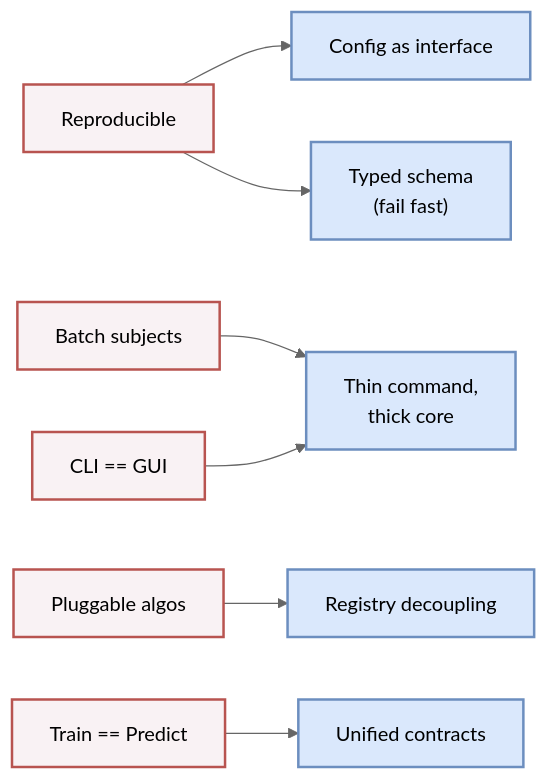
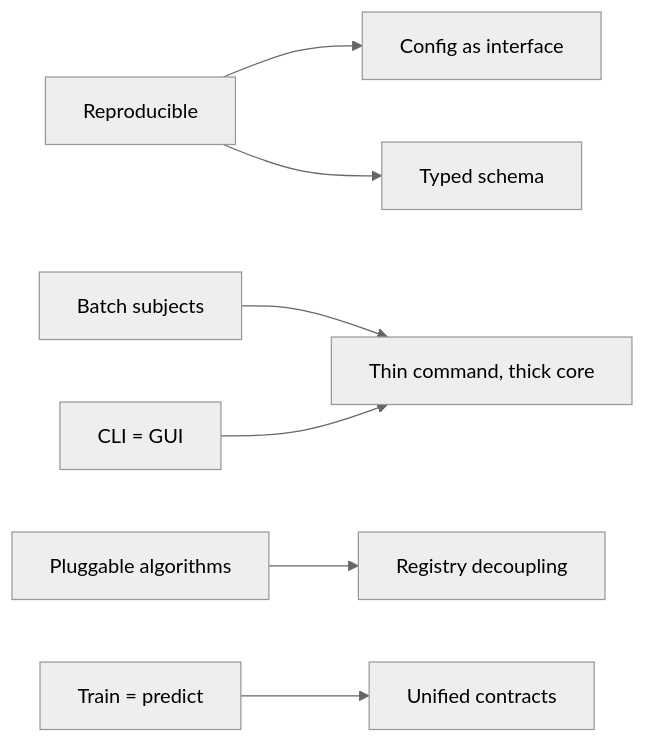
One commit to lichao312214129/HABIT changed the diagram in docs/source/development/philosophy.rst. Above: the diagram before and after it, drawn with Mermaid (neutral theme). The commit also changed other lines of this file and 12 other files, not shown here.

```diff
--- a/docs/source/development/philosophy.rst
+++ b/docs/source/development/philosophy.rst
@@ -34,23 +38,9 @@
 .. mermaid::
 
    flowchart LR
-     classDef pain fill:#f9f2f4,stroke:#b85450,stroke-width:2px,color:#000;
-     classDef pillar fill:#dae8fc,stroke:#6c8ebf,stroke-width:2px,color:#000;
-
-     P1["Reproducible"]:::pain
-     P2["Batch subjects"]:::pain
-     P3["Pluggable algos"]:::pain
-     P4["Train == Predict"]:::pain
-     P5["CLI == GUI"]:::pain
-
-     S1["Config as interface"]:::pillar
-     S2["Typed schema<br/>(fail fast)"]:::pillar
-     S3["Registry decoupling"]:::pillar
-     S4["Unified contracts"]:::pillar
-     S5["Thin command,<br/>thick core"]:::pillar
-
-     P1 --> S1 & S2
-     P2 --> S5
-     P3 --> S3
-     P4 --> S4
-     P5 --> S5
+     P1["Reproducible"] --> S1["Config as interface"]
+     P1 --> S2["Typed schema"]
+     P2["Batch subjects"] --> S5["Thin command, thick core"]
+     P3["Pluggable algorithms"] --> S3["Registry decoupling"]
+     P4["Train = predict"] --> S4["Unified contracts"]
+     P5["CLI = GUI"] --> S5
```
